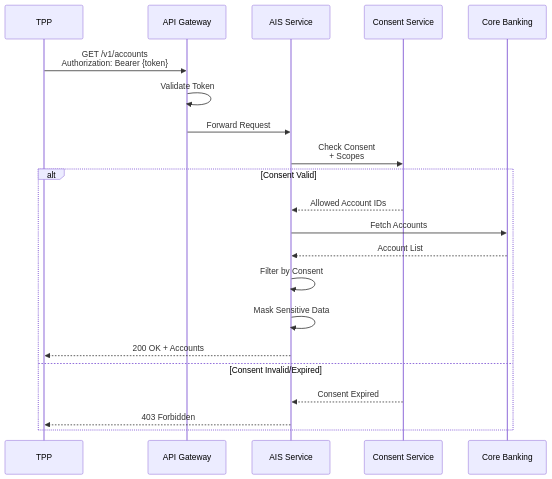
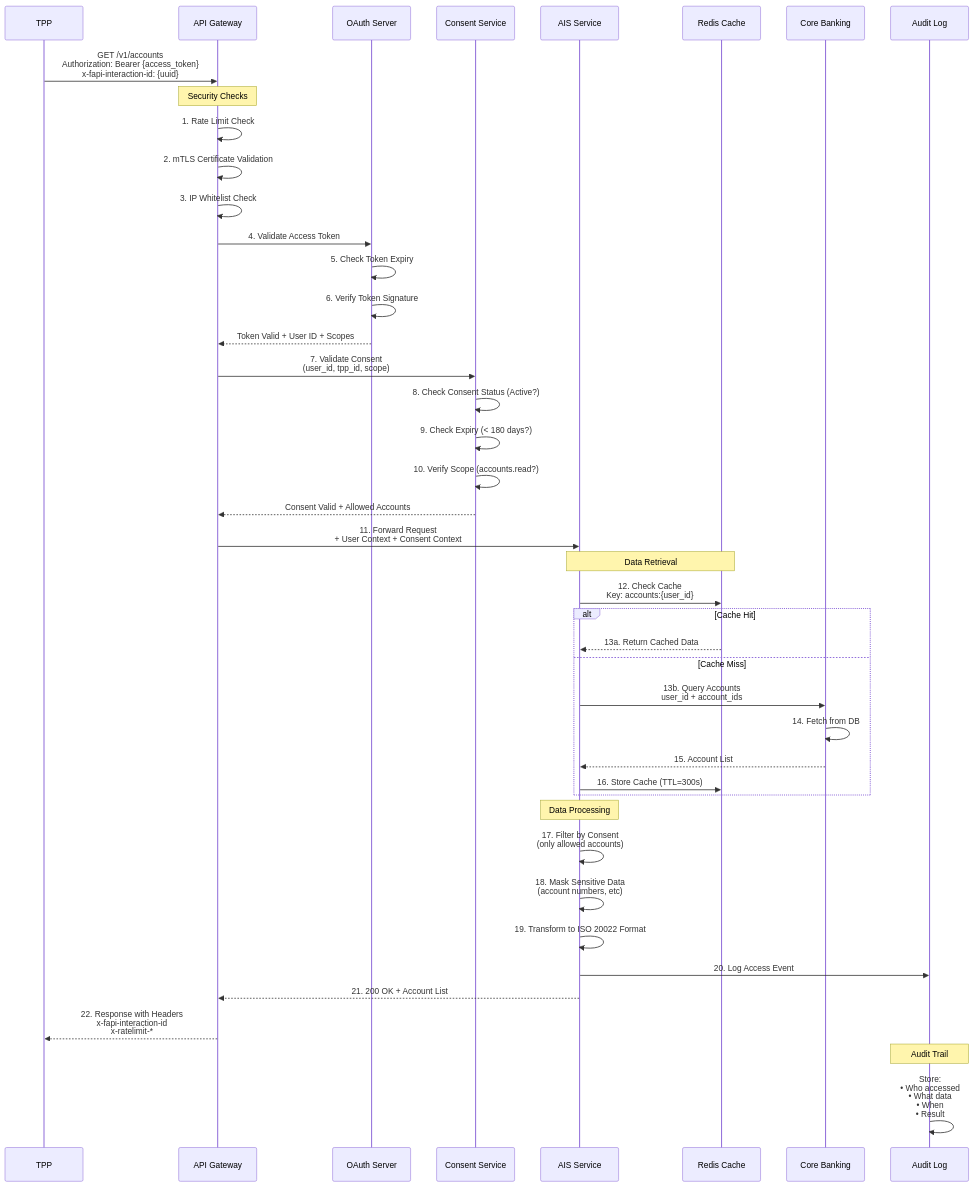
Before and after one commit to huuhoait/openbanking-vn-specs: the second of 11 diagrams in 04-Dich-vu-Tai-khoan-AIS.md, drawn with Mermaid. The commit also changed other lines of this file and 14 other files, not shown here.

````diff
--- a/04-Dich-vu-Tai-khoan-AIS.md
+++ b/04-Dich-vu-Tai-khoan-AIS.md
@@ -52,25 +105,55 @@
 ```mermaid
 sequenceDiagram
     participant TPP as TPP
     participant Gateway as API Gateway
+    participant OAuth as OAuth Server
+    participant Consent as Consent Service
     participant AIS as AIS Service
-    participant Consent as Consent Service
+    participant Cache as Redis Cache
     participant Core as Core Banking
+    participant Audit as Audit Log
     
-    TPP->>Gateway: GET /v1/accounts<br/>Authorization: Bearer {token}
-    Gateway->>Gateway: Validate Token
-    Gateway->>AIS: Forward Request
-    AIS->>Consent: Check Consent<br/>+ Scopes
+    TPP->>Gateway: GET /v1/accounts<br/>Authorization: Bearer {access_token}<br/>x-fapi-interaction-id: {uuid}
     
-    alt Consent Valid
-        Consent-->>AIS: Allowed Account IDs
-        AIS->>Core: Fetch Accounts
-        Core-->>AIS: Account List
-        AIS->>AIS: Filter by Consent
-        AIS->>AIS: Mask Sensitive Data
-        AIS-->>TPP: 200 OK + Accounts
-    else Consent Invalid/Expired
-        Consent-->>AIS: Consent Expired
-        AIS-->>TPP: 403 Forbidden
+    Note over Gateway: Security Checks
+    Gateway->>Gateway: 1. Rate Limit Check
+    Gateway->>Gateway: 2. mTLS Certificate Validation
+    Gateway->>Gateway: 3. IP Whitelist Check
+    
+    Gateway->>OAuth: 4. Validate Access Token
+    OAuth->>OAuth: 5. Check Token Expiry
+    OAuth->>OAuth: 6. Verify Token Signature
+    OAuth-->>Gateway: Token Valid + User ID + Scopes
+    
+    Gateway->>Consent: 7. Validate Consent<br/>(user_id, tpp_id, scope)
+    Consent->>Consent: 8. Check Consent Status (Active?)
+    Consent->>Consent: 9. Check Expiry (< 180 days?)
+    Consent->>Consent: 10. Verify Scope (accounts.read?)
+    Consent-->>Gateway: Consent Valid + Allowed Accounts
+    
+    Gateway->>AIS: 11. Forward Request<br/>+ User Context + Consent Context
+    
+    Note over AIS,Cache: Data Retrieval
+    AIS->>Cache: 12. Check Cache<br/>Key: accounts:{user_id}
+    
+    alt Cache Hit
+        Cache-->>AIS: 13a. Return Cached Data
+    else Cache Miss
+        AIS->>Core: 13b. Query Accounts<br/>user_id + account_ids
+        Core->>Core: 14. Fetch from DB
+        Core-->>AIS: 15. Account List
+        AIS->>Cache: 16. Store Cache (TTL=300s)
     end
+    
+    Note over AIS: Data Processing
+    AIS->>AIS: 17. Filter by Consent<br/>(only allowed accounts)
+    AIS->>AIS: 18. Mask Sensitive Data<br/>(account numbers, etc)
+    AIS->>AIS: 19. Transform to ISO 20022 Format
+    
+    AIS->>Audit: 20. Log Access Event
+    AIS-->>Gateway: 21. 200 OK + Account List
+    Gateway-->>TPP: 22. Response with Headers<br/>x-fapi-interaction-id<br/>x-ratelimit-*
+    
+    Note over Audit: Audit Trail
+    Audit->>Audit: Store:<br/>• Who accessed<br/>• What data<br/>• When<br/>• Result
 ```
````
